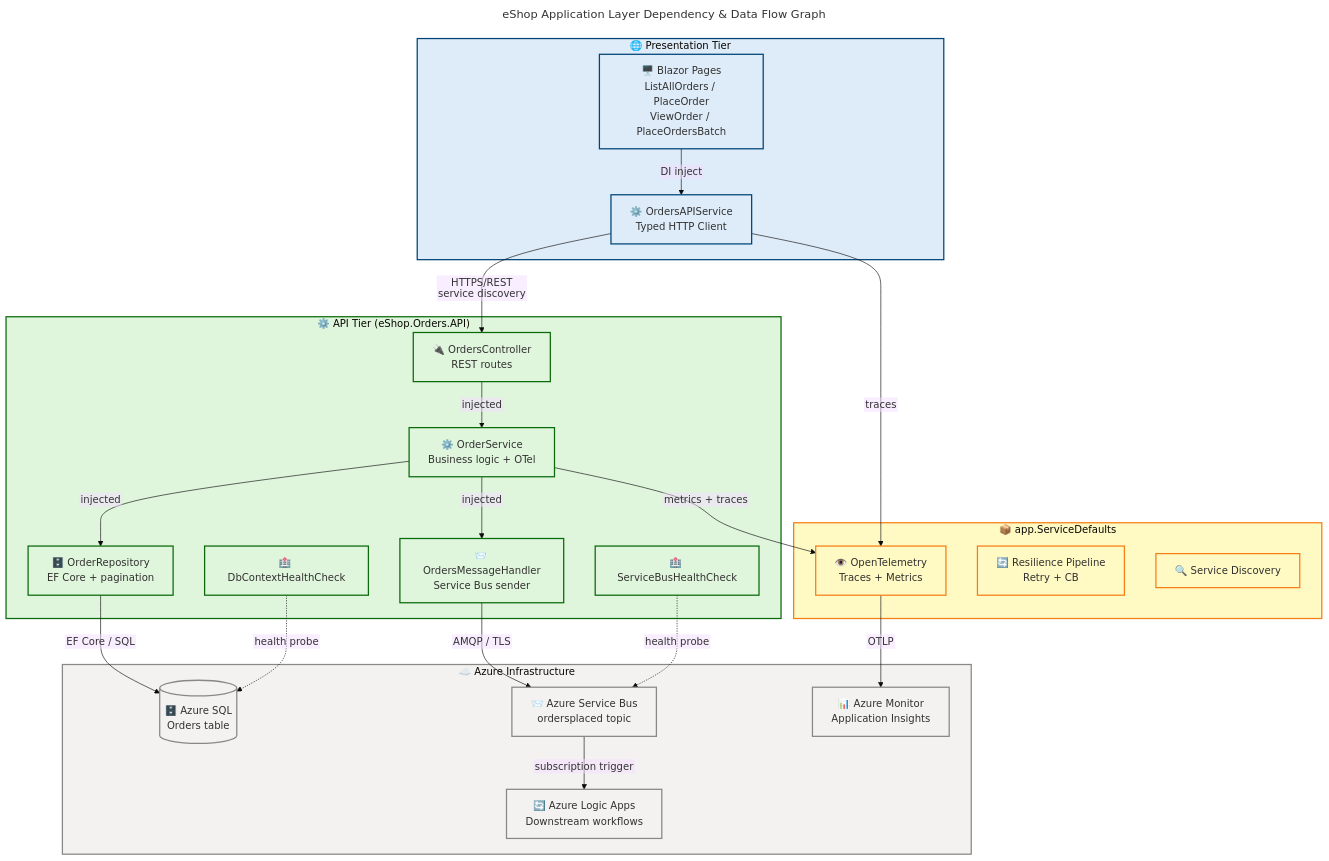
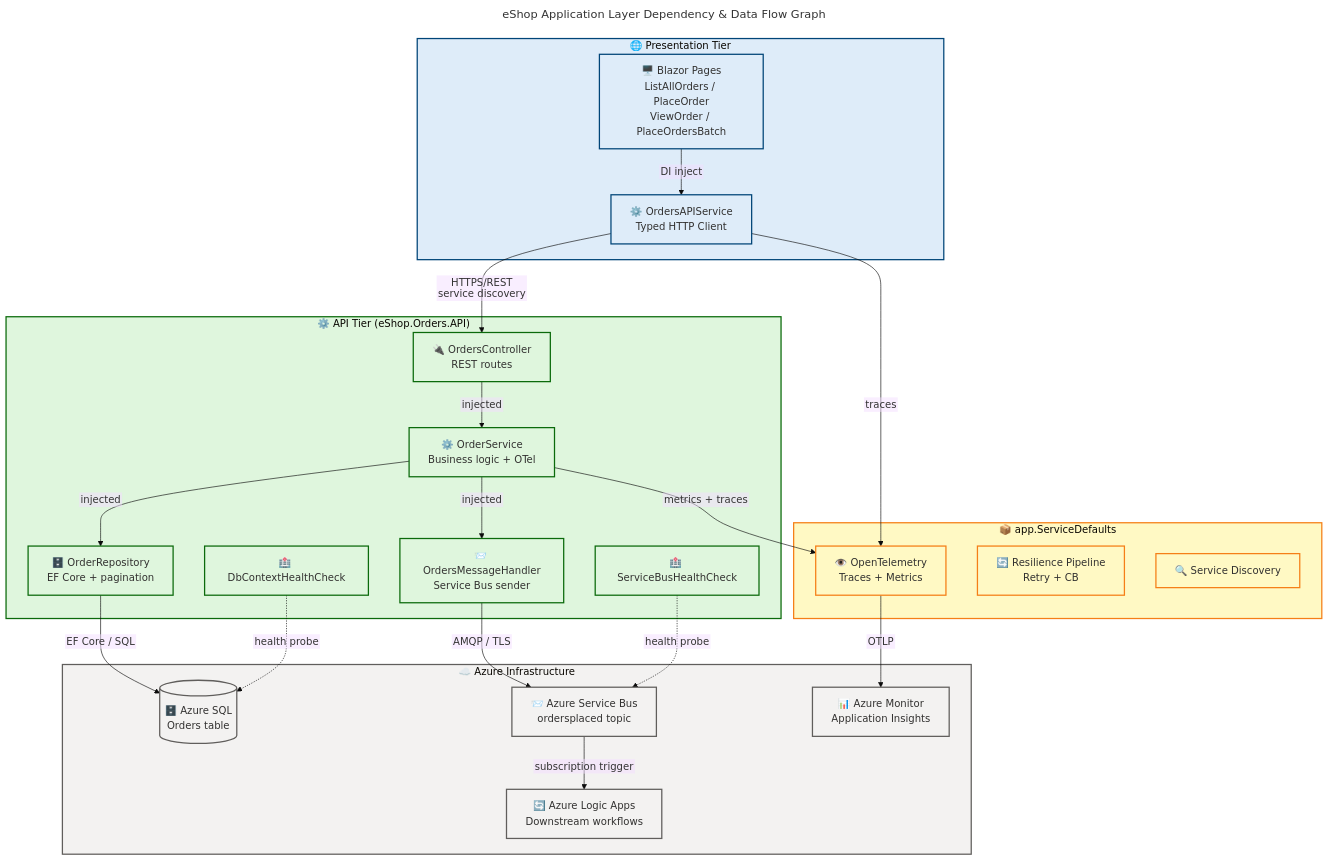
Before and after one commit to Evilazaro/Azure-LogicApps-Monitoring: the seventh of 9 diagrams in docs/architecture/Application-Layer-Architecture.md, drawn with Mermaid. The commit also changed other lines of this file and 3 other files, not shown here.

Commit message:
docs: update neutral grey color definitions in architecture diagrams for improved consistency

````diff
--- a/docs/architecture/Application-Layer-Architecture.md
+++ b/docs/architecture/Application-Layer-Architecture.md
@@ -1911,75 +1911,75 @@
 ```mermaid
 ---
 title: "eShop Application Layer Dependency & Data Flow Graph"
 config:
   theme: base
   themeVariables:
     fontSize: '16px'
   flowchart:
     htmlLabels: false
 ---
 flowchart TD
     accTitle: eShop Application Layer Dependency and Data Flow Graph
     accDescr: Shows all service-to-service dependencies and data flows from UI through API to infrastructure services
 
     %% ═══════════════════════════════════════════════════════════════════════════
     %% AZURE / FLUENT ARCHITECTURE PATTERN v1.1
     %% (Semantic + Structural + Font + Accessibility Governance)
     %% ═══════════════════════════════════════════════════════════════════════════
 
     subgraph presentation["🌐 Presentation Tier"]
         blazor["🖥️ Blazor Pages\nListAllOrders / PlaceOrder\nViewOrder / PlaceOrdersBatch"]
         apiSvc["⚙️ OrdersAPIService\nTyped HTTP Client"]
     end
 
     subgraph api["⚙️ API Tier (eShop.Orders.API)"]
         ctrl["🔌 OrdersController\nREST routes"]
         ordSvc["⚙️ OrderService\nBusiness logic + OTel"]
         ordRepo["🗄️ OrderRepository\nEF Core + pagination"]
         msgHandler["📨 OrdersMessageHandler\nService Bus sender"]
         hcDb["🏥 DbContextHealthCheck"]
         hcSb["🏥 ServiceBusHealthCheck"]
     end
 
     subgraph shared["📦 app.ServiceDefaults"]
         otel["👁️ OpenTelemetry\nTraces + Metrics"]
         resil["🔄 Resilience Pipeline\nRetry + CB"]
         svcDisc["🔍 Service Discovery"]
     end
 
     subgraph infra["☁️ Azure Infrastructure"]
         sql[("🗄️ Azure SQL\nOrders table")]
         sb["📨 Azure Service Bus\nordersplaced topic"]
         mon["📊 Azure Monitor\nApplication Insights"]
         la["🔄 Azure Logic Apps\nDownstream workflows"]
     end
 
     blazor -->|"DI inject"| apiSvc
     apiSvc -->|"HTTPS/REST\nservice discovery"| ctrl
     ctrl -->|"injected"| ordSvc
     ordSvc -->|"injected"| ordRepo
     ordSvc -->|"injected"| msgHandler
     ordRepo -->|"EF Core / SQL"| sql
     msgHandler -->|"AMQP / TLS"| sb
     sb -->|"subscription trigger"| la
     hcDb -.->|"health probe"| sql
     hcSb -.->|"health probe"| sb
     ordSvc -->|"metrics + traces"| otel
     apiSvc -->|"traces"| otel
     otel -->|"OTLP"| mon
 
     classDef azureBlue fill:#DEECF9,stroke:#004578,stroke-width:2px,color:#323130
     classDef successGreen fill:#DFF6DD,stroke:#0B6A0B,stroke-width:2px,color:#323130
     classDef warningYellow fill:#FFF9C4,stroke:#F57F17,stroke-width:2px,color:#323130
-    classDef neutralGrey fill:#F3F2F1,stroke:#8A8886,stroke-width:2px,color:#323130
+    classDef neutralGrey fill:#F3F2F1,stroke:#605E5C,stroke-width:2px,color:#323130
 
     class blazor,apiSvc azureBlue
     class ctrl,ordSvc,ordRepo,msgHandler,hcDb,hcSb successGreen
     class otel,resil,svcDisc warningYellow
     class sql,sb,mon,la neutralGrey
 
     style presentation fill:#DEECF9,stroke:#004578,stroke-width:2px,color:#323130
     style api fill:#DFF6DD,stroke:#0B6A0B,stroke-width:2px,color:#323130
     style shared fill:#FFF9C4,stroke:#F57F17,stroke-width:2px,color:#323130
-    style infra fill:#F3F2F1,stroke:#8A8886,stroke-width:2px,color:#323130
+    style infra fill:#F3F2F1,stroke:#605E5C,stroke-width:2px,color:#323130
 ```
````
